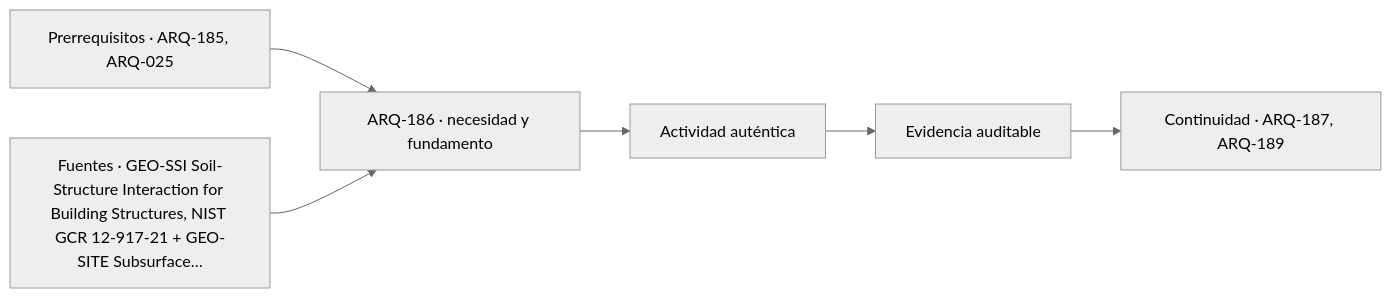
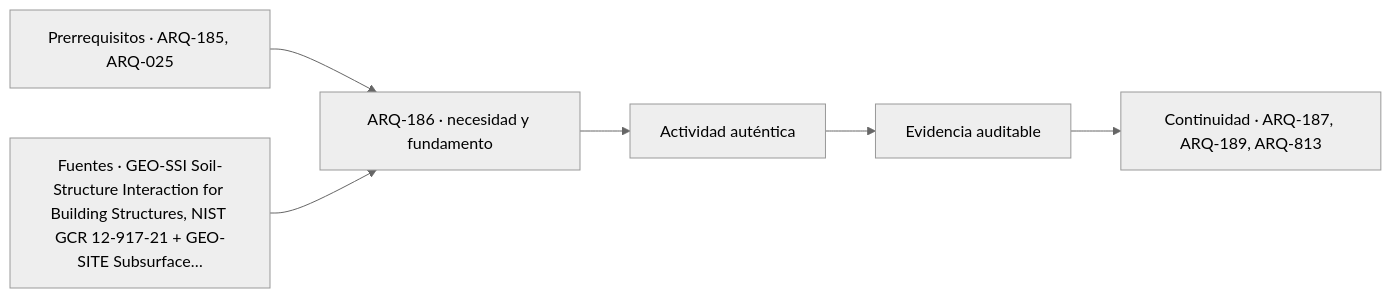
One commit to vladimiracunadev-create/architecture-built-environment-learning-program changed the diagram in classes/parte-19/ARQ-186.md. Above: the diagram before and after it, drawn with Mermaid (neutral theme). The commit also changed other lines of this file and 234 other files, not shown here.

````diff
--- a/classes/parte-19/ARQ-186.md
+++ b/classes/parte-19/ARQ-186.md
@@ -127,8 +127,8 @@
 ```mermaid
 flowchart LR
     A["Prerrequisitos · ARQ-185, ARQ-025"] --> B["ARQ-186 · necesidad y fundamento"]
     S["Fuentes · GEO-SSI Soil-Structure Interaction for Building Structures, NIST GCR 12-917-21 + GEO-SITE Subsurface…"] --> B
     B --> C["Actividad auténtica"]
     C --> D["Evidencia auditable"]
-    D --> E["Continuidad · ARQ-187, ARQ-189"]
+    D --> E["Continuidad · ARQ-187, ARQ-189, ARQ-813"]
 ```
````
